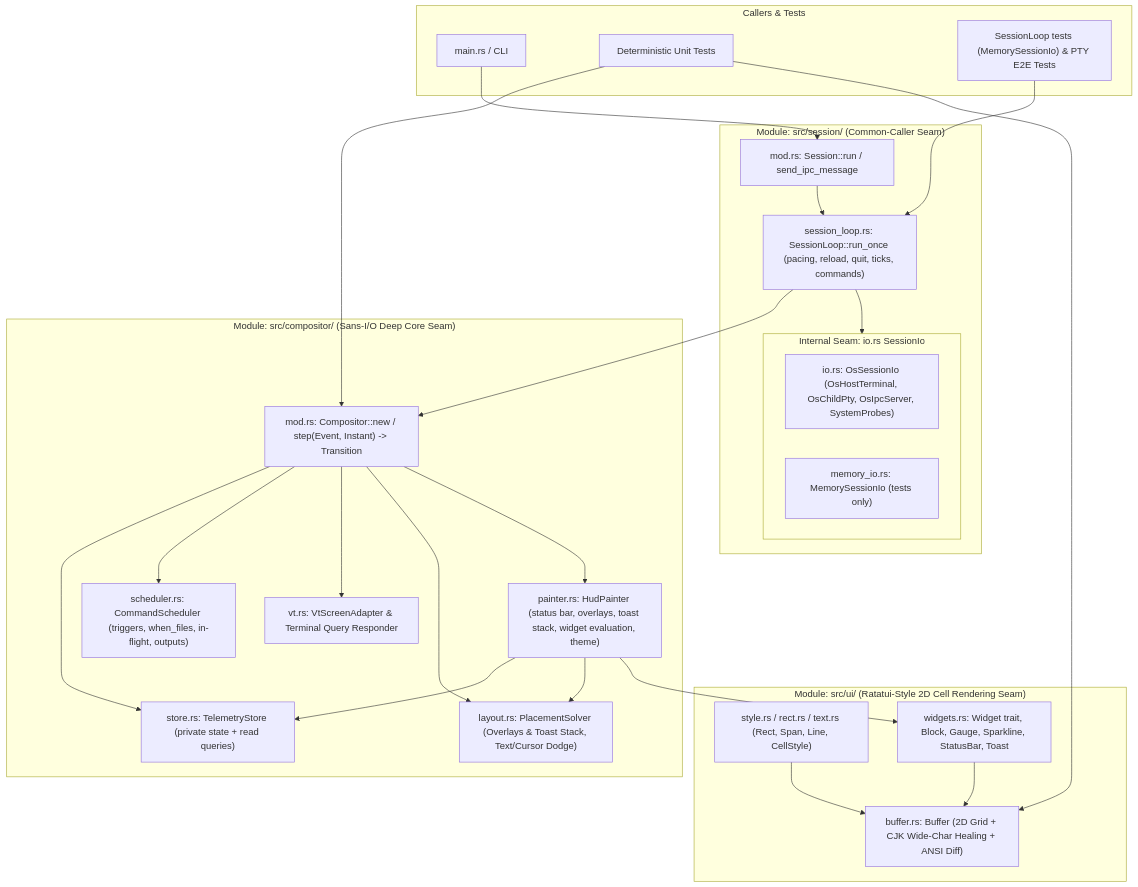
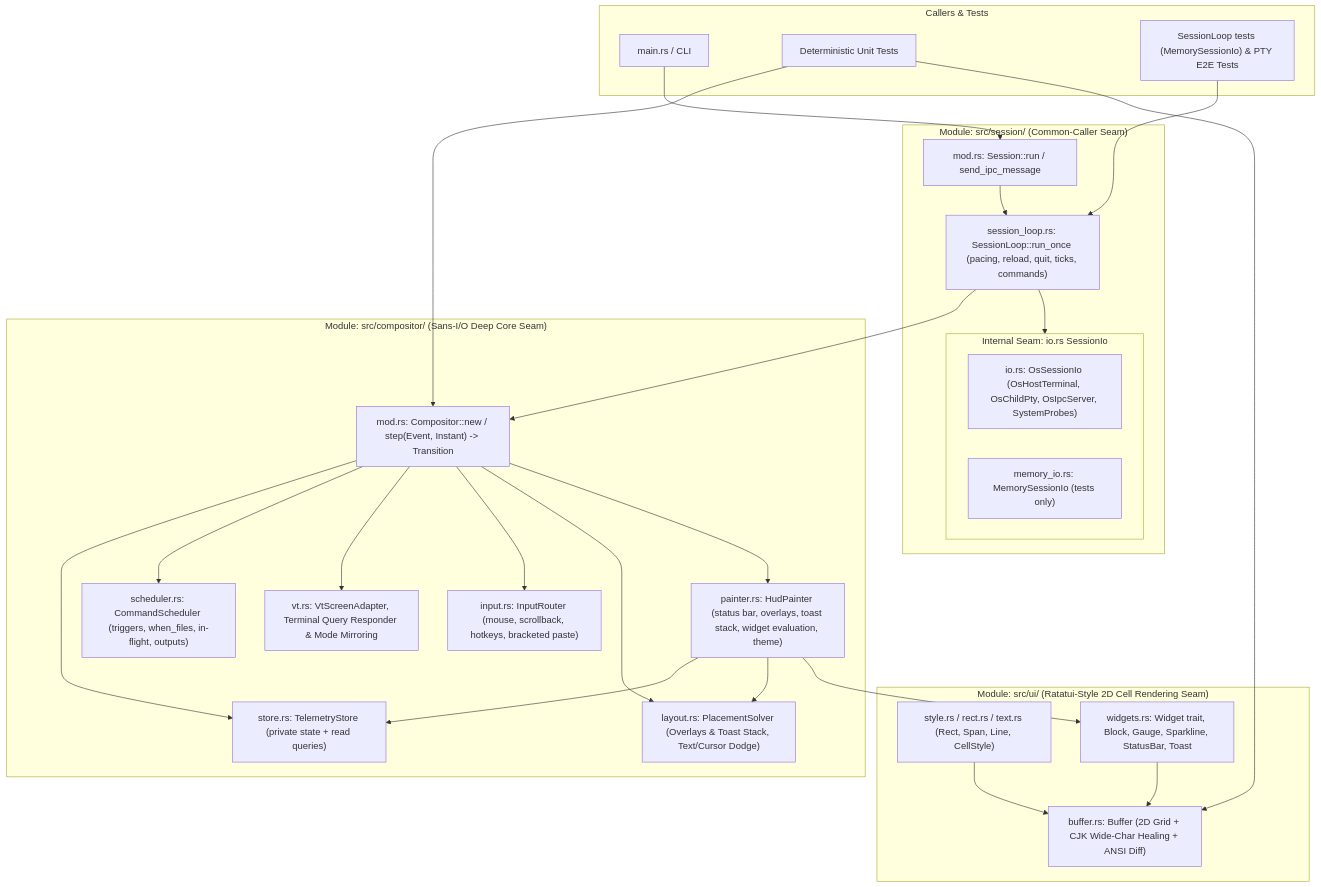
Before and after one commit to yamadayuki/thud: the diagram in docs/architecture/compositor-module.md, drawn with Mermaid. The commit also changed other lines of this file and 8 other files, not shown here.

First line of the commit message:
refactor(compositor): route host input through InputRouter and mirror child modes to the host (ADR-008)

````diff
--- a/docs/architecture/compositor-module.md
+++ b/docs/architecture/compositor-module.md
@@ -14,50 +14,52 @@
 ```mermaid
 flowchart TB
     subgraph ExternalCallers["Callers & Tests"]
         CLI["main.rs / CLI"]
         UnitTest["Deterministic Unit Tests"]
         IntegTest["SessionLoop tests (MemorySessionIo) & PTY E2E Tests"]
     end
 
     subgraph SessionModule["Module: src/session/ (Common-Caller Seam)"]
         SessionRun["mod.rs: Session::run / send_ipc_message"]
         Loop["session_loop.rs: SessionLoop::run_once (pacing, reload, quit, ticks, commands)"]
         subgraph InternalSeam["Internal Seam: io.rs SessionIo"]
             OsIo["io.rs: OsSessionIo (OsHostTerminal, OsChildPty, OsIpcServer, SystemProbes)"]
             MemIo["memory_io.rs: MemorySessionIo (tests only)"]
         end
     end
 
     subgraph CompositorModule["Module: src/compositor/ (Sans-I/O Deep Core Seam)"]
         Step["mod.rs: Compositor::new / step(Event, Instant) -> Transition"]
         Store["store.rs: TelemetryStore (private state + read queries)"]
         Painter["painter.rs: HudPainter (status bar, overlays, toast stack, widget evaluation, theme)"]
         Sched["scheduler.rs: CommandScheduler (triggers, when_files, in-flight, outputs)"]
-        VTE["vt.rs: VtScreenAdapter & Terminal Query Responder"]
+        VTE["vt.rs: VtScreenAdapter, Terminal Query Responder & Mode Mirroring"]
+        Input["input.rs: InputRouter (mouse, scrollback, hotkeys, bracketed paste)"]
         Layout["layout.rs: PlacementSolver (Overlays & Toast Stack, Text/Cursor Dodge)"]
     end
 
     subgraph UiModule["Module: src/ui/ (Ratatui-Style 2D Cell Rendering Seam)"]
         Primitives["style.rs / rect.rs / text.rs (Rect, Span, Line, CellStyle)"]
         Surface["buffer.rs: Buffer (2D Grid + CJK Wide-Char Healing + ANSI Diff)"]
         Widgets["widgets.rs: Widget trait, Block, Gauge, Sparkline, StatusBar, Toast"]
     end
 
     CLI --> SessionRun
     IntegTest --> Loop
     UnitTest --> Step
     UnitTest --> Surface
     SessionRun --> Loop
     Loop --> InternalSeam
     Loop --> Step
     Step --> Store
     Step --> Sched
     Step --> VTE
+    Step --> Input
     Step --> Layout
     Step --> Painter
     Painter --> Store
     Painter --> Layout
     Painter --> Widgets
     Widgets --> Surface
     Primitives --> Surface
 ```
````
